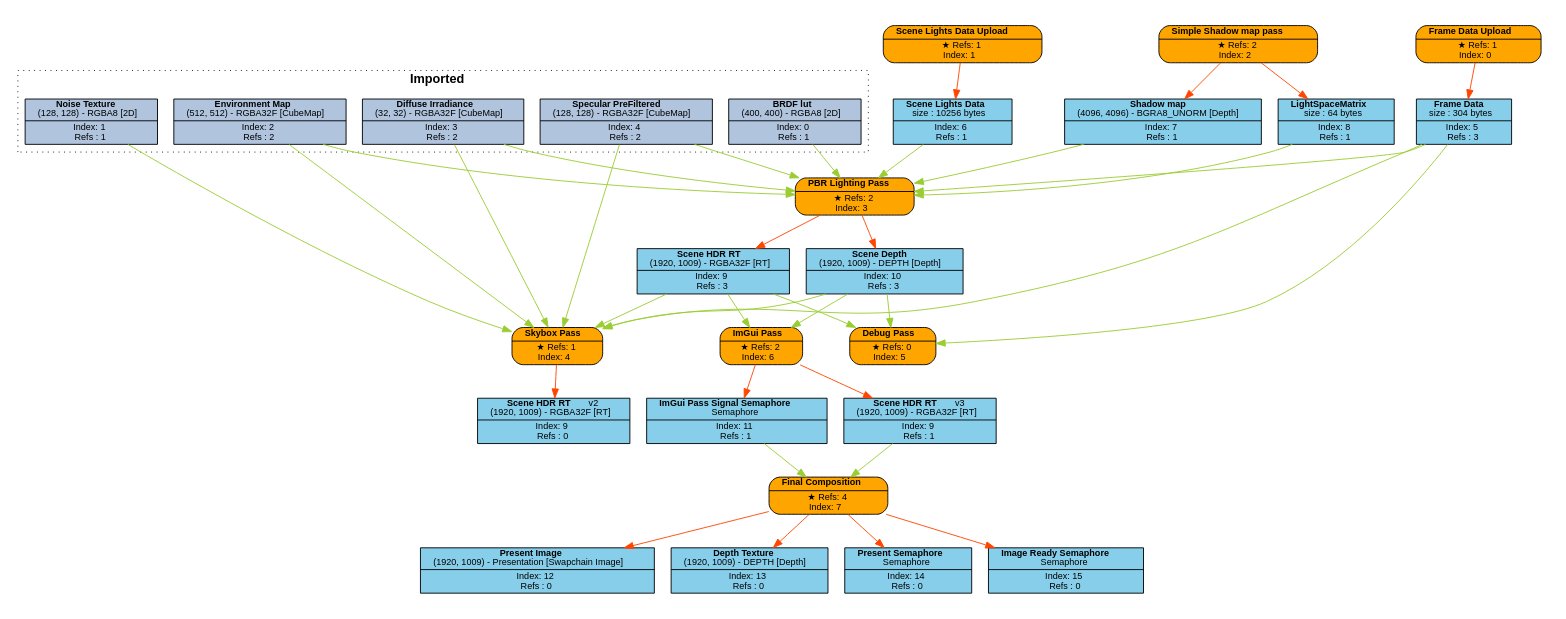
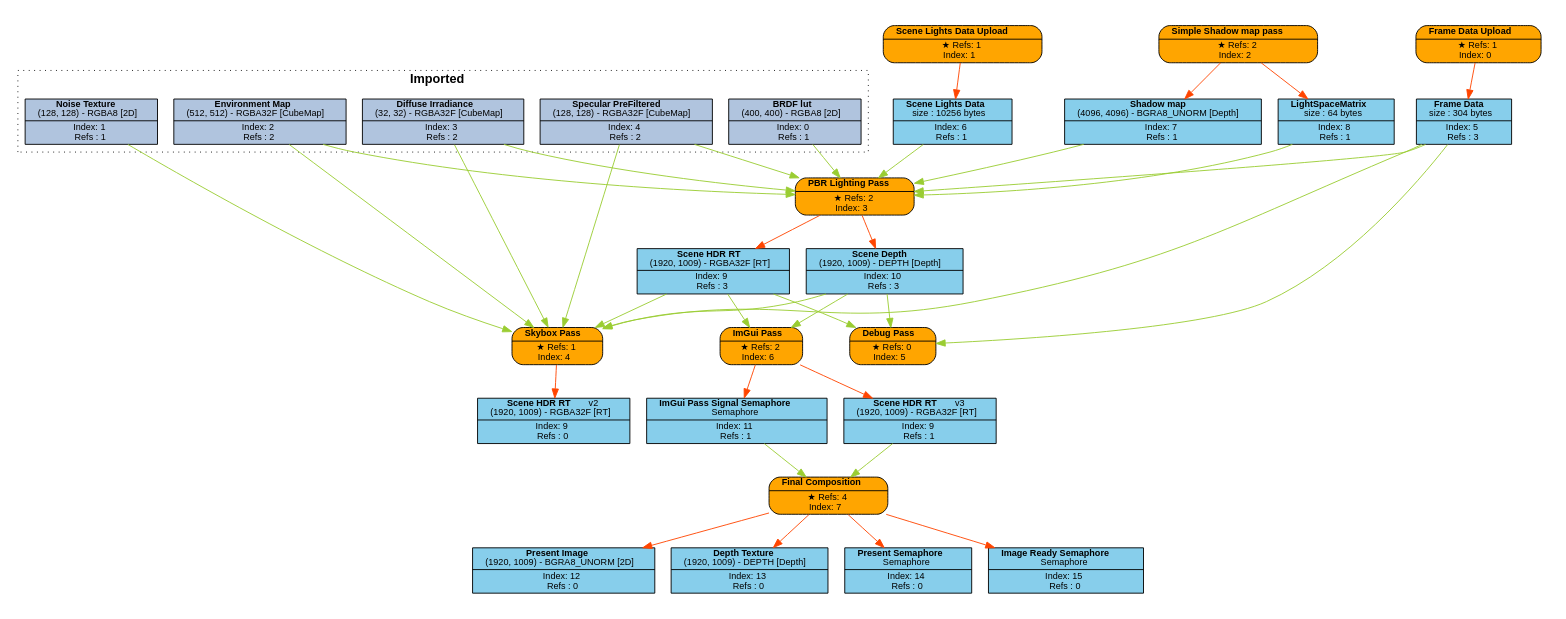
Before and after one commit to Pikachuxxxx/Razix: the diagram in Engine/content/FrameGraphs/pbr_lighting_test.dot, drawn with Graphviz. The commit also changed 54 other files, not shown here.

Commit message:
updaated to C++20 to use designated initializers + refactored fg + Added API create structs instead of linear args for graphics API;

```diff
--- a/Engine/content/FrameGraphs/pbr_lighting_test.dot
+++ b/Engine/content/FrameGraphs/pbr_lighting_test.dot
@@ -1,91 +1,91 @@
 digraph FrameGraph {
 graph [style=invis, rankdir="TB" ordering=out, splines=spline]
 node [shape=record, fontname="helvetica", fontsize=10, margin="0.2,0.03"]
 
 P0 [label=<{ {<B>Frame Data Upload</B>} | {&#x2605; Refs: 1<BR/> Index: 0} }> style="rounded,filled", fillcolor=orange]
 P1 [label=<{ {<B>Scene Lights Data Upload</B>} | {&#x2605; Refs: 1<BR/> Index: 1} }> style="rounded,filled", fillcolor=orange]
 P2 [label=<{ {<B>Simple Shadow map pass</B>} | {&#x2605; Refs: 2<BR/> Index: 2} }> style="rounded,filled", fillcolor=orange]
 P3 [label=<{ {<B>PBR Lighting Pass</B>} | {&#x2605; Refs: 2<BR/> Index: 3} }> style="rounded,filled", fillcolor=orange]
 P4 [label=<{ {<B>Skybox Pass</B>} | {&#x2605; Refs: 1<BR/> Index: 4} }> style="rounded,filled", fillcolor=orange]
 P5 [label=<{ {<B>Debug Pass</B>} | {&#x2605; Refs: 0<BR/> Index: 5} }> style="rounded,filled", fillcolor=orange]
 P6 [label=<{ {<B>ImGui Pass</B>} | {&#x2605; Refs: 2<BR/> Index: 6} }> style="rounded,filled", fillcolor=orange]
 P7 [label=<{ {<B>Final Composition</B>} | {&#x2605; Refs: 4<BR/> Index: 7} }> style="rounded,filled", fillcolor=orange]
 
 R0_1 [label=<{ {<B>BRDF lut</B><BR/>(400, 400) - RGBA8 [2D]} | {Index: 0<BR/>Refs : 1} }> style=filled, fillcolor=lightsteelblue]
 R1_1 [label=<{ {<B>Noise Texture</B><BR/>(128, 128) - RGBA8 [2D]} | {Index: 1<BR/>Refs : 1} }> style=filled, fillcolor=lightsteelblue]
 R2_1 [label=<{ {<B>Environment Map</B><BR/>(512, 512) - RGBA32F [CubeMap]} | {Index: 2<BR/>Refs : 2} }> style=filled, fillcolor=lightsteelblue]
 R3_1 [label=<{ {<B>Diffuse Irradiance</B><BR/>(32, 32) - RGBA32F [CubeMap]} | {Index: 3<BR/>Refs : 2} }> style=filled, fillcolor=lightsteelblue]
 R4_1 [label=<{ {<B>Specular PreFiltered</B><BR/>(128, 128) - RGBA32F [CubeMap]} | {Index: 4<BR/>Refs : 2} }> style=filled, fillcolor=lightsteelblue]
 R5_1 [label=<{ {<B>Frame Data</B><BR/>size : 304 bytes} | {Index: 5<BR/>Refs : 3} }> style=filled, fillcolor=skyblue]
 R6_1 [label=<{ {<B>Scene Lights Data</B><BR/>size : 10256 bytes} | {Index: 6<BR/>Refs : 1} }> style=filled, fillcolor=skyblue]
 R7_1 [label=<{ {<B>Shadow map</B><BR/>(4096, 4096) - BGRA8_UNORM [Depth]} | {Index: 7<BR/>Refs : 1} }> style=filled, fillcolor=skyblue]
 R8_1 [label=<{ {<B>LightSpaceMatrix</B><BR/>size : 64 bytes} | {Index: 8<BR/>Refs : 1} }> style=filled, fillcolor=skyblue]
 R9_1 [label=<{ {<B>Scene HDR RT</B><BR/>(1920, 1009) - RGBA32F [RT]} | {Index: 9<BR/>Refs : 3} }> style=filled, fillcolor=skyblue]
 R10_1 [label=<{ {<B>Scene Depth</B><BR/>(1920, 1009) - DEPTH [Depth]} | {Index: 10<BR/>Refs : 3} }> style=filled, fillcolor=skyblue]
 R9_2 [label=<{ {<B>Scene HDR RT</B>   <FONT>v2</FONT><BR/>(1920, 1009) - RGBA32F [RT]} | {Index: 9<BR/>Refs : 0} }> style=filled, fillcolor=skyblue]
 R11_1 [label=<{ {<B>ImGui Pass Signal Semaphore</B><BR/>Semaphore} | {Index: 11<BR/>Refs : 1} }> style=filled, fillcolor=skyblue]
 R9_3 [label=<{ {<B>Scene HDR RT</B>   <FONT>v3</FONT><BR/>(1920, 1009) - RGBA32F [RT]} | {Index: 9<BR/>Refs : 1} }> style=filled, fillcolor=skyblue]
-R12_1 [label=<{ {<B>Present Image</B><BR/>(1920, 1009) - Presentation [Swapchain Image]} | {Index: 12<BR/>Refs : 0} }> style=filled, fillcolor=skyblue]
+R12_1 [label=<{ {<B>Present Image</B><BR/>(1920, 1009) - BGRA8_UNORM [2D]} | {Index: 12<BR/>Refs : 0} }> style=filled, fillcolor=skyblue]
 R13_1 [label=<{ {<B>Depth Texture</B><BR/>(1920, 1009) - DEPTH [Depth]} | {Index: 13<BR/>Refs : 0} }> style=filled, fillcolor=skyblue]
 R14_1 [label=<{ {<B>Present Semaphore</B><BR/>Semaphore} | {Index: 14<BR/>Refs : 0} }> style=filled, fillcolor=skyblue]
 R15_1 [label=<{ {<B>Image Ready Semaphore</B><BR/>Semaphore} | {Index: 15<BR/>Refs : 0} }> style=filled, fillcolor=skyblue]
 
 P0 -> { R5_1 } [color=orangered]
 P1 -> { R6_1 } [color=orangered]
 P2 -> { R7_1 R8_1 } [color=orangered]
 P3 -> { R9_1 R10_1 } [color=orangered]
 P4 -> { R9_2 } [color=orangered]
 P5 -> { } [color=orangered]
 P6 -> { R9_3 R11_1 } [color=orangered]
 P7 -> { R12_1 R13_1 R14_1 R15_1 } [color=orangered]
 
 R0_1 -> { P3 } [color=olivedrab3]
 R1_1 -> { P4 } [color=olivedrab3]
 R2_1 -> { P3 P4 } [color=olivedrab3]
 R3_1 -> { P3 P4 } [color=olivedrab3]
 R4_1 -> { P3 P4 } [color=olivedrab3]
 R5_1 -> { P3 P4 P5 } [color=olivedrab3]
 R6_1 -> { P3 } [color=olivedrab3]
 R7_1 -> { P3 } [color=olivedrab3]
 R8_1 -> { P3 } [color=olivedrab3]
 R9_1 -> { P4 P5 P6 } [color=olivedrab3]
 R10_1 -> { P4 P5 P6 } [color=olivedrab3]
 R9_2 -> { } [color=olivedrab3]
 R11_1 -> { P7 } [color=olivedrab3]
 R9_3 -> { P7 } [color=olivedrab3]
 R12_1 -> { } [color=olivedrab3]
 R13_1 -> { } [color=olivedrab3]
 R14_1 -> { } [color=olivedrab3]
 R15_1 -> { } [color=olivedrab3]
 
 subgraph cluster_0 {
 P0 R5_1 
 }
 subgraph cluster_1 {
 P1 R6_1 
 }
 subgraph cluster_2 {
 P2 R7_1 R8_1 
 }
 subgraph cluster_3 {
 P3 R9_1 R10_1 
 }
 subgraph cluster_4 {
 P4 
 }
 subgraph cluster_5 {
 P5 
 }
 subgraph cluster_6 {
 P6 R11_1 
 }
 subgraph cluster_7 {
 P7 R12_1 R13_1 R14_1 R15_1 
 }
 
 subgraph cluster_imported_resources {
 graph [style=dotted, fontname="helvetica", label=< <B>Imported</B> >]
 R0_1 R1_1 R2_1 R3_1 R4_1 
 }
 
 }
```
